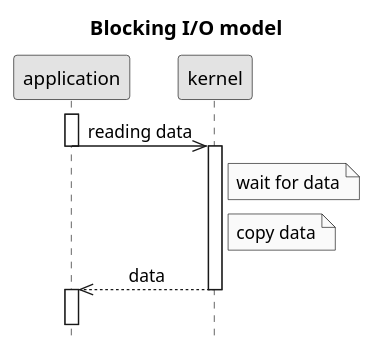
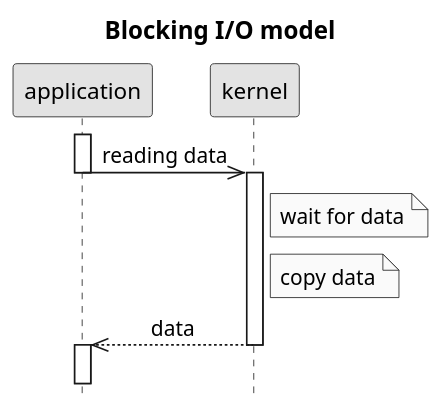
One commit to c0p4c4b4n4/demo-sockets-io-nio-nio2 changed the diagram in .images/blocking IO model.puml. Above: the diagram before and after it, drawn with PlantUML. The commit also changed 9 other files, not shown here.

```diff
--- a/.images/blocking IO model.puml
+++ b/.images/blocking IO model.puml
@@ -1,19 +1,20 @@
 @startuml
+scale 1.2
 title Blocking I/O model
 hide footbox
 skinparam monochrome true
 skinparam defaultFontName Microsoft Sans Serif
 skinparam titleFontSize 15
 skinparam sequenceMessageAlign center
 activate application
 application->>kernel: reading data
 deactivate application
 activate kernel
 Note right of kernel: wait for data
 Note right of kernel: copy data
 kernel-->>application: data
 deactivate kernel
 activate application
-||3||
+||1||
 kernel -[#white]->]
 @enduml
```
